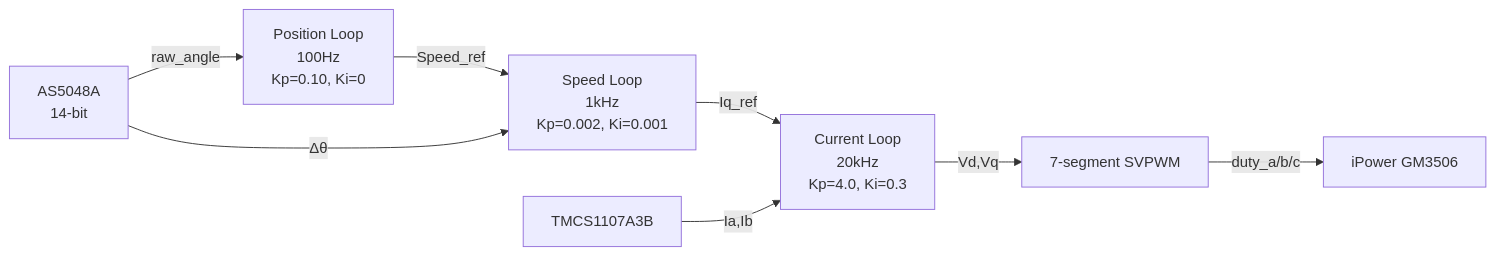
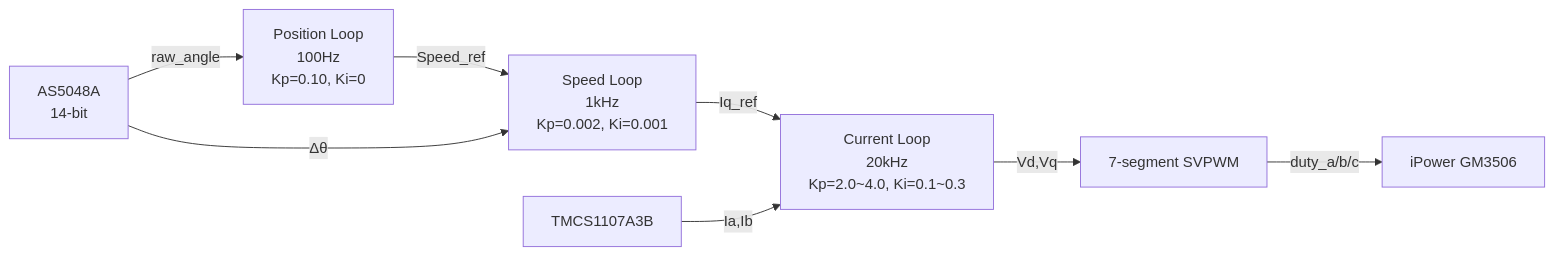
One commit to HeyandBye/STM32G431CBU6_MMSD changed the diagram in README_EN.md. Above: the diagram before and after it, drawn with Mermaid. The commit also changed other lines of this file and 3 other files, not shown here.

````diff
--- a/README_EN.md
+++ b/README_EN.md
@@ -152,10 +146,10 @@
 ```mermaid
 flowchart LR
     POS["Position Loop<br/>100Hz<br/>Kp=0.10, Ki=0"] -->|Speed_ref| SPD["Speed Loop<br/>1kHz<br/>Kp=0.002, Ki=0.001"]
-    SPD -->|Iq_ref| CUR["Current Loop<br/>20kHz<br/>Kp=4.0, Ki=0.3"]
+    SPD -->|Iq_ref| CUR["Current Loop<br/>20kHz<br/>Kp=2.0~4.0, Ki=0.1~0.3"]
     CUR -->|Vd,Vq| SVPWM["7-segment SVPWM"]
     SVPWM -->|duty_a/b/c| MOTOR["iPower GM3506"]
     ENC["AS5048A<br/>14-bit"] -->|raw_angle| POS
     ENC -->|Δθ| SPD
     ADC["TMCS1107A3B"] -->|Ia,Ib| CUR
 ```
````
